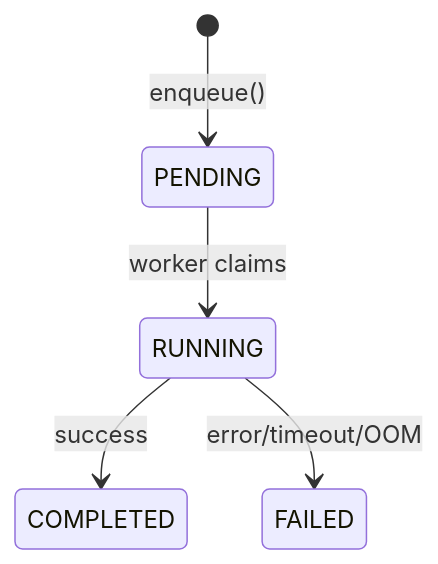
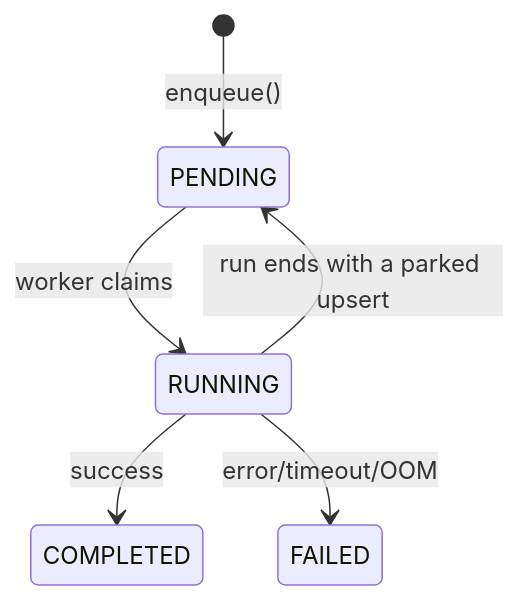
Before and after one commit to flipbit03/pq: the fifth of 5 diagrams in docs/architecture.md, drawn with Mermaid. The commit also changed other lines of this file and 8 other files, not shown here.

First line of the commit message:
fix: park upsert() on a RUNNING task until the run ends (#28)

````diff
--- a/docs/architecture.md
+++ b/docs/architecture.md
@@ -230,7 +231,8 @@
 ```mermaid
 stateDiagram-v2
     [*] --> PENDING: enqueue()
     PENDING --> RUNNING: worker claims
     RUNNING --> COMPLETED: success
     RUNNING --> FAILED: error/timeout/OOM
+    RUNNING --> PENDING: run ends with a parked upsert
 ```
````
